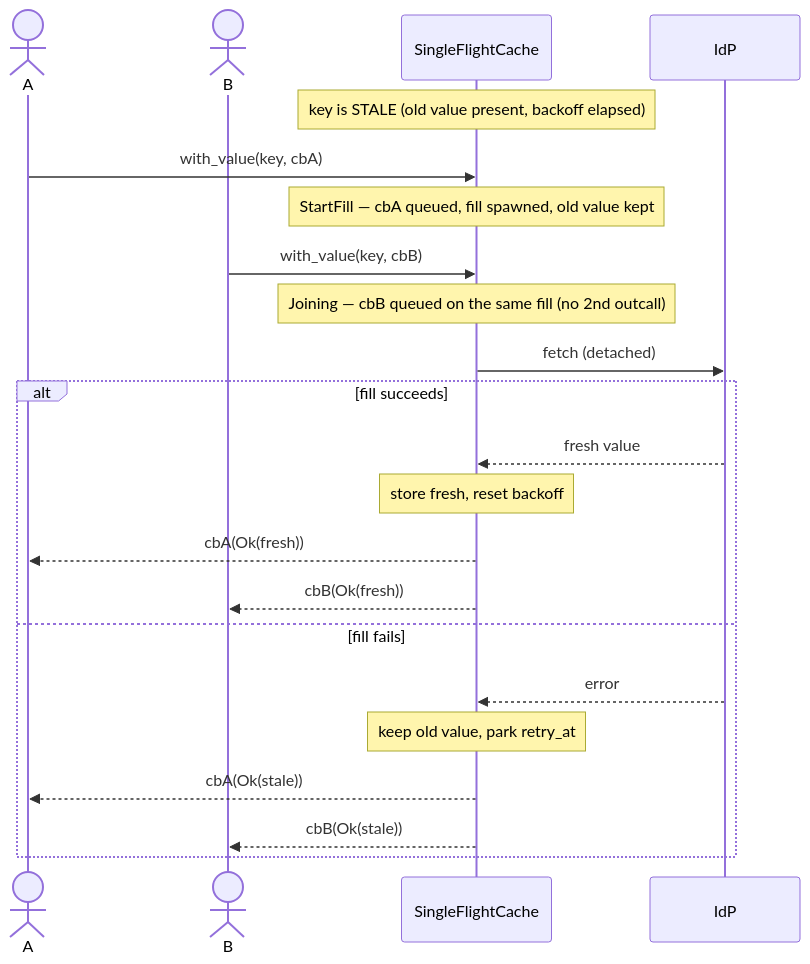
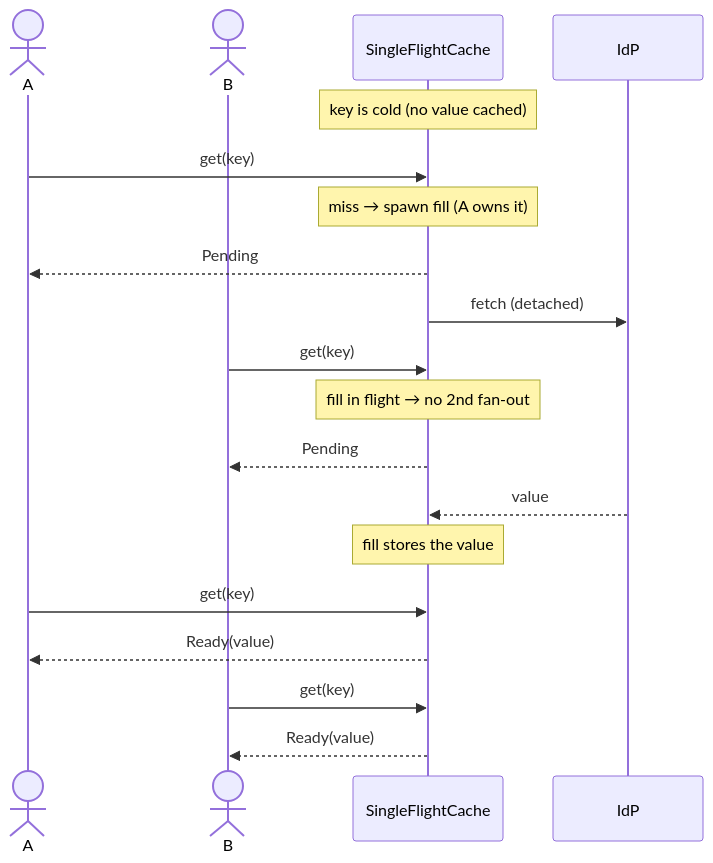
Before and after one commit to sea-snake/internet-identity: the third of 7 diagrams in docs/ongoing/openid-sso-prod-readiness.md, drawn with Mermaid. The commit also changed other lines of this file, not shown here.

First line of the commit message:
docs(be): rewrite §5.2.2 for the poll-model single-flight cache

````diff
--- a/docs/ongoing/openid-sso-prod-readiness.md
+++ b/docs/ongoing/openid-sso-prod-readiness.md
@@ -396,24 +401,21 @@
 ```mermaid
 sequenceDiagram
     actor A
     actor B
     participant Cache as SingleFlightCache
     participant IdP
-    Note over Cache: key is STALE (old value present, backoff elapsed)
-    A->>Cache: with_value(key, cbA)
-    Note over Cache: StartFill — cbA queued, fill spawned, old value kept
-    B->>Cache: with_value(key, cbB)
-    Note over Cache: Joining — cbB queued on the same fill (no 2nd outcall)
+    Note over Cache: key is cold (no value cached)
+    A->>Cache: get(key)
+    Note over Cache: miss → spawn fill (A owns it)
+    Cache-->>A: Pending
     Cache->>IdP: fetch (detached)
-    alt fill succeeds
-        IdP-->>Cache: fresh value
-        Note over Cache: store fresh, reset backoff
-        Cache-->>A: cbA(Ok(fresh))
-        Cache-->>B: cbB(Ok(fresh))
-    else fill fails
-        IdP-->>Cache: error
-        Note over Cache: keep old value, park retry_at
-        Cache-->>A: cbA(Ok(stale))
-        Cache-->>B: cbB(Ok(stale))
-    end
+    B->>Cache: get(key)
+    Note over Cache: fill in flight → no 2nd fan-out
+    Cache-->>B: Pending
+    IdP-->>Cache: value
+    Note over Cache: fill stores the value
+    A->>Cache: get(key)
+    Cache-->>A: Ready(value)
+    B->>Cache: get(key)
+    Cache-->>B: Ready(value)
 ```
````
